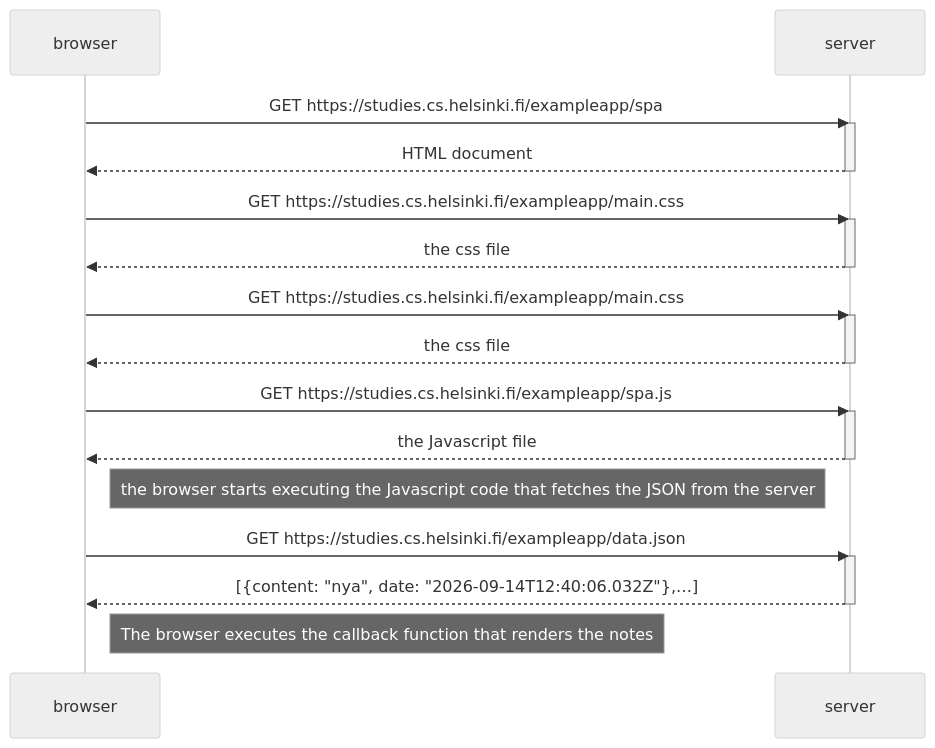
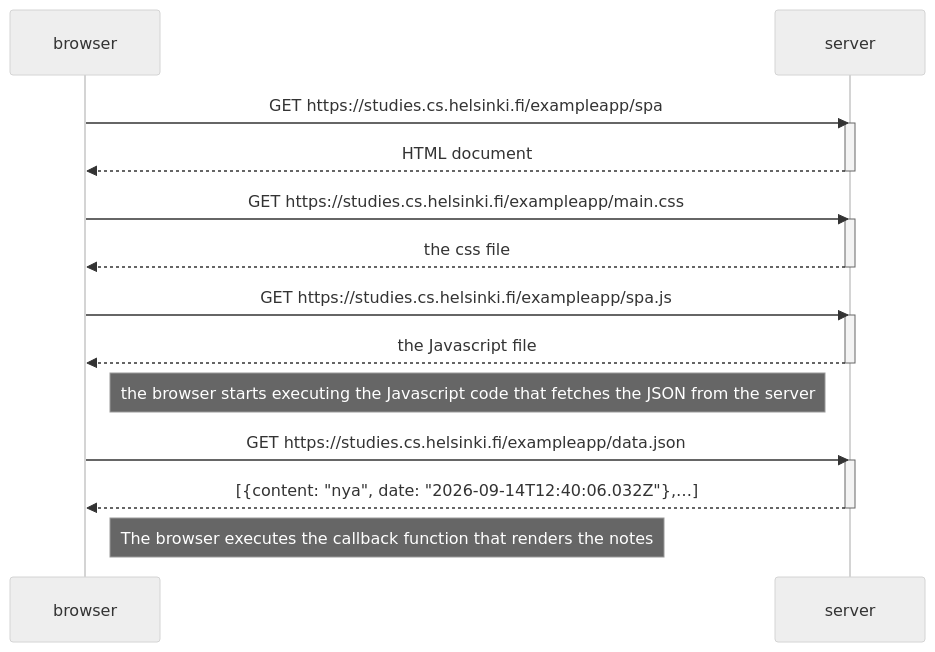
Before and after one commit to JaarleesTech/fullstackopen: the diagram in part0/0.5-single-page-app.md, drawn with Mermaid (neutral theme).

Commit message:
part0/0.5-single-page-app fix

````diff
--- a/part0/0.5-single-page-app.md
+++ b/part0/0.5-single-page-app.md
@@ -3,34 +3,29 @@
 ```mermaid
 sequenceDiagram
     participant browser
     participant server
 
     browser->>server: GET https://studies.cs.helsinki.fi/exampleapp/spa
     activate server
     server-->>browser: HTML document
-    deactivate server
-
-    browser->>server: GET https://studies.cs.helsinki.fi/exampleapp/main.css
-    activate server
-    server-->>browser: the css file
     deactivate server
 
     browser->>server: GET https://studies.cs.helsinki.fi/exampleapp/main.css
     activate server
     server-->>browser: the css file
     deactivate server
 
     browser->>server: GET https://studies.cs.helsinki.fi/exampleapp/spa.js
     activate server
     server-->>browser: the Javascript file
     deactivate server
 
     Note right of browser: the browser starts executing the Javascript code that fetches the JSON from the server
 
     browser->>server: GET https://studies.cs.helsinki.fi/exampleapp/data.json
     activate server
     server-->>browser: [{content: "nya", date: "2026-09-14T12:40:06.032Z"},…]
     deactivate server
 
     Note right of browser: The browser executes the callback function that renders the notes
 ```
````
